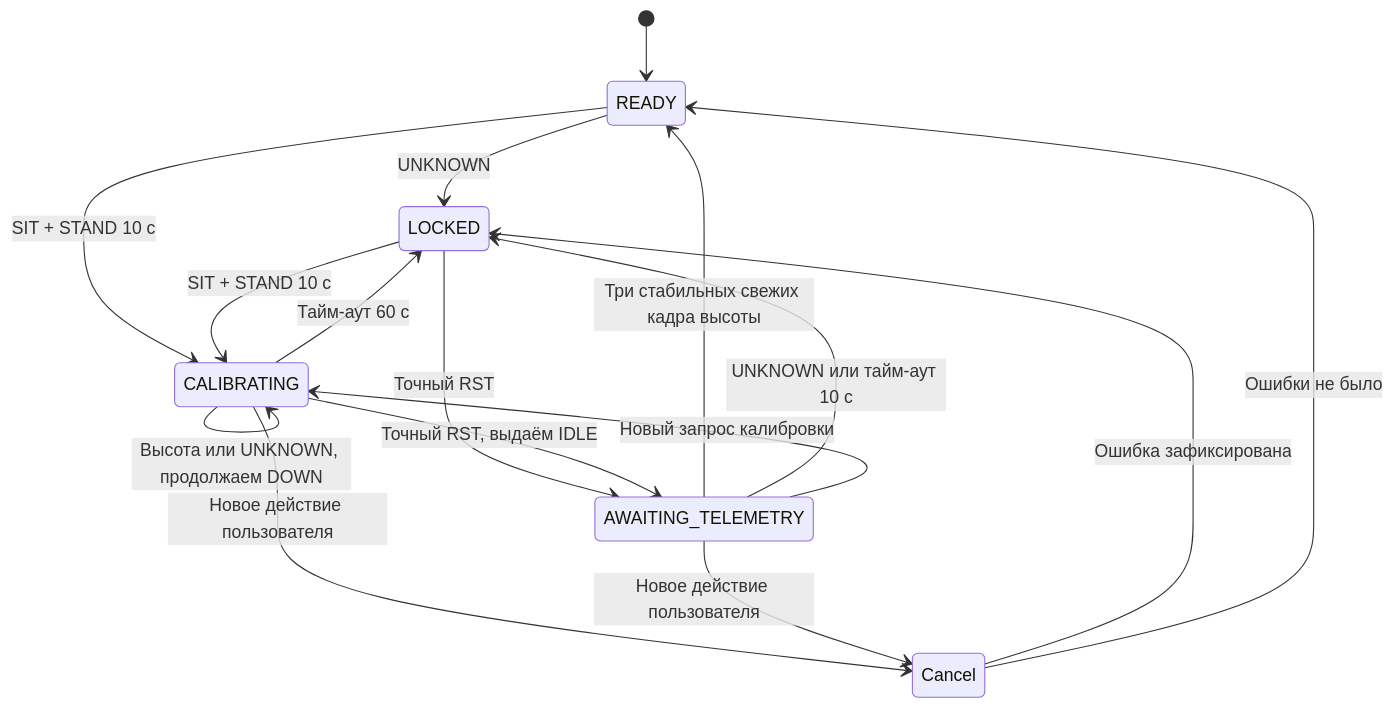
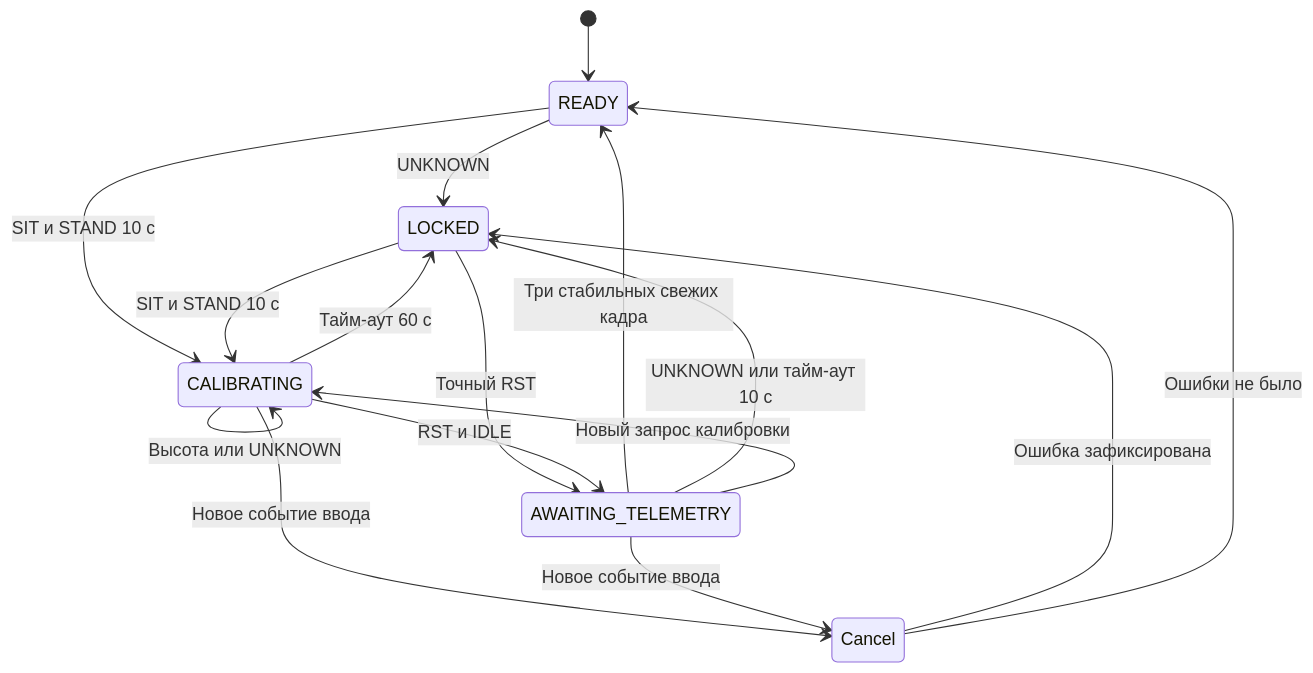
The third of 4 diagrams in docs/architecture.md (tri6odin/smart_desk), drawn with Mermaid before and after one commit. The commit also changed other lines of this file and 20 other files, not shown here.

````diff
--- a/docs/architecture.md
+++ b/docs/architecture.md
@@ -97,19 +104,19 @@
 ```mermaid
 stateDiagram-v2
     [*] --> READY
     READY --> LOCKED: UNKNOWN
-    READY --> CALIBRATING: SIT + STAND 10 с
-    LOCKED --> CALIBRATING: SIT + STAND 10 с
+    READY --> CALIBRATING: SIT и STAND 10 с
+    LOCKED --> CALIBRATING: SIT и STAND 10 с
     LOCKED --> AWAITING_TELEMETRY: Точный RST
-    CALIBRATING --> CALIBRATING: Высота или UNKNOWN, продолжаем DOWN
-    CALIBRATING --> AWAITING_TELEMETRY: Точный RST, выдаём IDLE
+    CALIBRATING --> CALIBRATING: Высота или UNKNOWN
+    CALIBRATING --> AWAITING_TELEMETRY: RST и IDLE
     CALIBRATING --> LOCKED: Тайм-аут 60 с
-    CALIBRATING --> Cancel: Новое действие пользователя
-    AWAITING_TELEMETRY --> Cancel: Новое действие пользователя
+    CALIBRATING --> Cancel: Новое событие ввода
+    AWAITING_TELEMETRY --> Cancel: Новое событие ввода
     state Cancel <<choice>>
     Cancel --> LOCKED: Ошибка зафиксирована
     Cancel --> READY: Ошибки не было
-    AWAITING_TELEMETRY --> READY: Три стабильных свежих кадра высоты
+    AWAITING_TELEMETRY --> READY: Три стабильных свежих кадра
     AWAITING_TELEMETRY --> LOCKED: UNKNOWN или тайм-аут 10 с
     AWAITING_TELEMETRY --> CALIBRATING: Новый запрос калибровки
 ```
````
